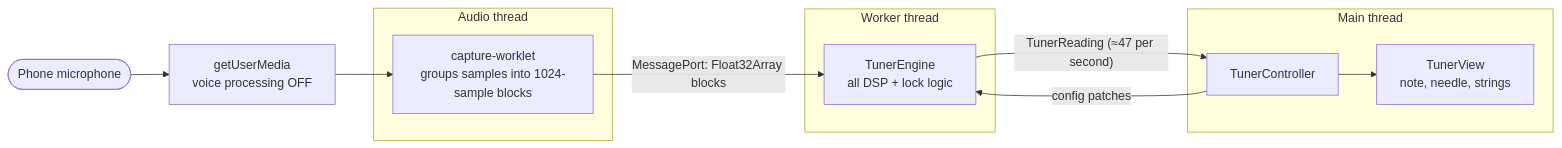
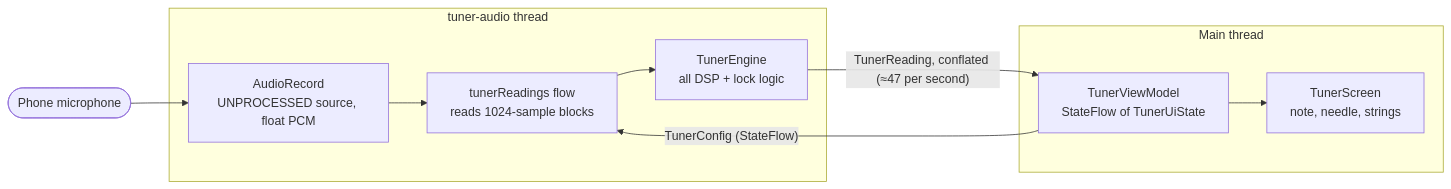
One commit to alfonslm/tuner changed the first of 3 diagrams in docs/ARCHITECTURE.md. Above: the diagram before and after it, drawn with Mermaid. The commit also changed other lines of this file and 87 other files, not shown here.

````diff
--- a/docs/ARCHITECTURE.md
+++ b/docs/ARCHITECTURE.md
@@ -23,17 +30,13 @@
 ```mermaid
 flowchart LR
-  mic([Phone microphone]) --> gum[getUserMedia<br/>voice processing OFF]
-  subgraph audio [Audio thread]
-    wl[capture-worklet<br/>groups samples into 1024-sample blocks]
-  end
-  subgraph worker [Worker thread]
-    eng[TunerEngine<br/>all DSP + lock logic]
+  mic([Phone microphone]) --> rec[AudioRecord<br/>UNPROCESSED source, float PCM]
+  subgraph audio [tuner-audio thread]
+    rec --> pipe[tunerReadings flow<br/>reads 1024-sample blocks]
+    pipe --> eng[TunerEngine<br/>all DSP + lock logic]
   end
   subgraph main [Main thread]
-    ctl[TunerController] --> view[TunerView<br/>note, needle, strings]
+    vm[TunerViewModel<br/>StateFlow of TunerUiState] --> ui[TunerScreen<br/>note, needle, strings]
   end
-  gum --> wl
-  wl -- "MessagePort: Float32Array blocks" --> eng
-  eng -- "TunerReading (≈47 per second)" --> ctl
-  ctl -- "config patches" --> eng
+  eng -- "TunerReading, conflated (≈47 per second)" --> vm
+  vm -- "TunerConfig (StateFlow)" --> pipe
 ```
````
